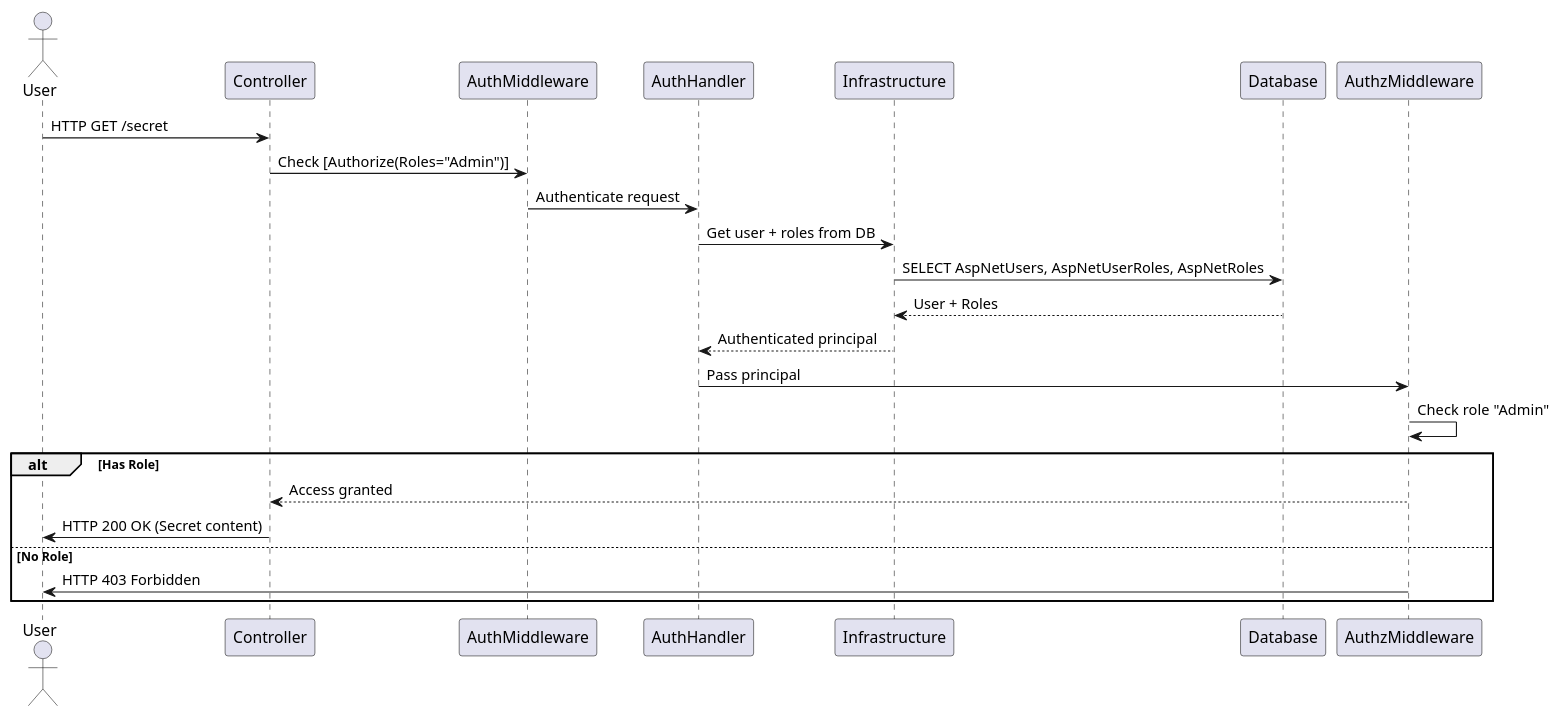
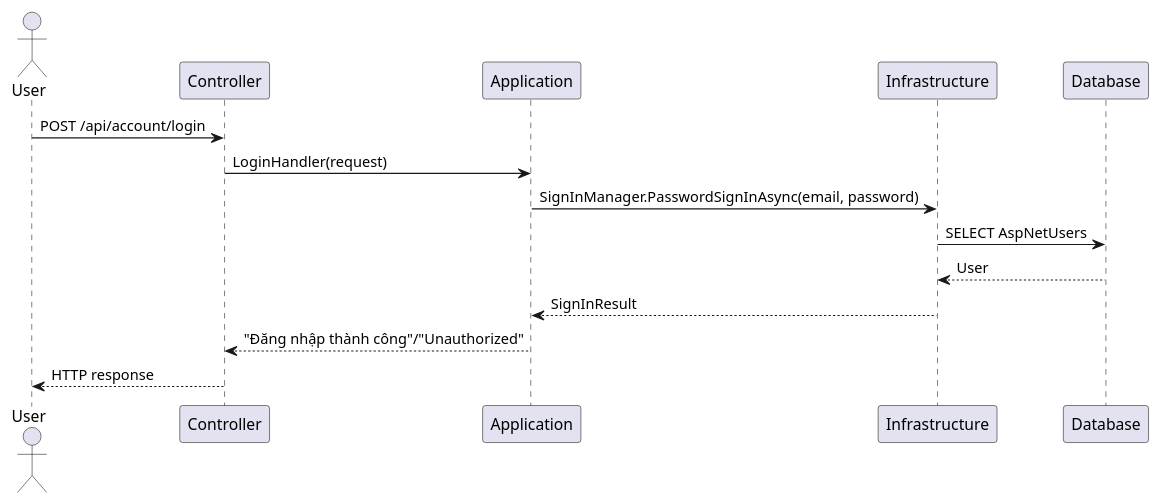
The second of 3 diagrams in LmsMini.Api/docs/identity/Identity_Step_by_Step.md (SokKimThanh/LmsMini), drawn with PlantUML before and after one commit. The commit also changed other lines of this file, not shown here.

First line of the commit message:
Update Identity_Step_by_Step.md for ASP.NET Identity

````diff
--- a/LmsMini.Api/docs/identity/Identity_Step_by_Step.md
+++ b/LmsMini.Api/docs/identity/Identity_Step_by_Step.md
@@ -313,21 +322,13 @@
 ```plantuml
-
 @startuml
 actor User
-User -> Controller : HTTP GET /secret
-Controller -> AuthMiddleware : Check [Authorize(Roles="Admin")]
-AuthMiddleware -> AuthHandler : Authenticate request
-AuthHandler -> Infrastructure : Get user + roles from DB
-Infrastructure -> Database : SELECT AspNetUsers, AspNetUserRoles, AspNetRoles
-Database --> Infrastructure : User + Roles
-Infrastructure --> AuthHandler : Authenticated principal
-AuthHandler -> AuthzMiddleware : Pass principal
-AuthzMiddleware -> AuthzMiddleware : Check role "Admin"
-alt Has Role
-    AuthzMiddleware --> Controller : Access granted
-    Controller -> User : HTTP 200 OK (Secret content)
-else No Role
-    AuthzMiddleware -> User : HTTP 403 Forbidden
-end
+User -> Controller : POST /api/account/login
+Controller -> Application : LoginHandler(request)
+Application -> Infrastructure : SignInManager.PasswordSignInAsync(email, password)
+Infrastructure -> Database : SELECT AspNetUsers
+Database --> Infrastructure : User
+Infrastructure --> Application : SignInResult
+Application --> Controller : "Đăng nhập thành công"/"Unauthorized"
+Controller --> User : HTTP response
 @enduml
 ```
````
